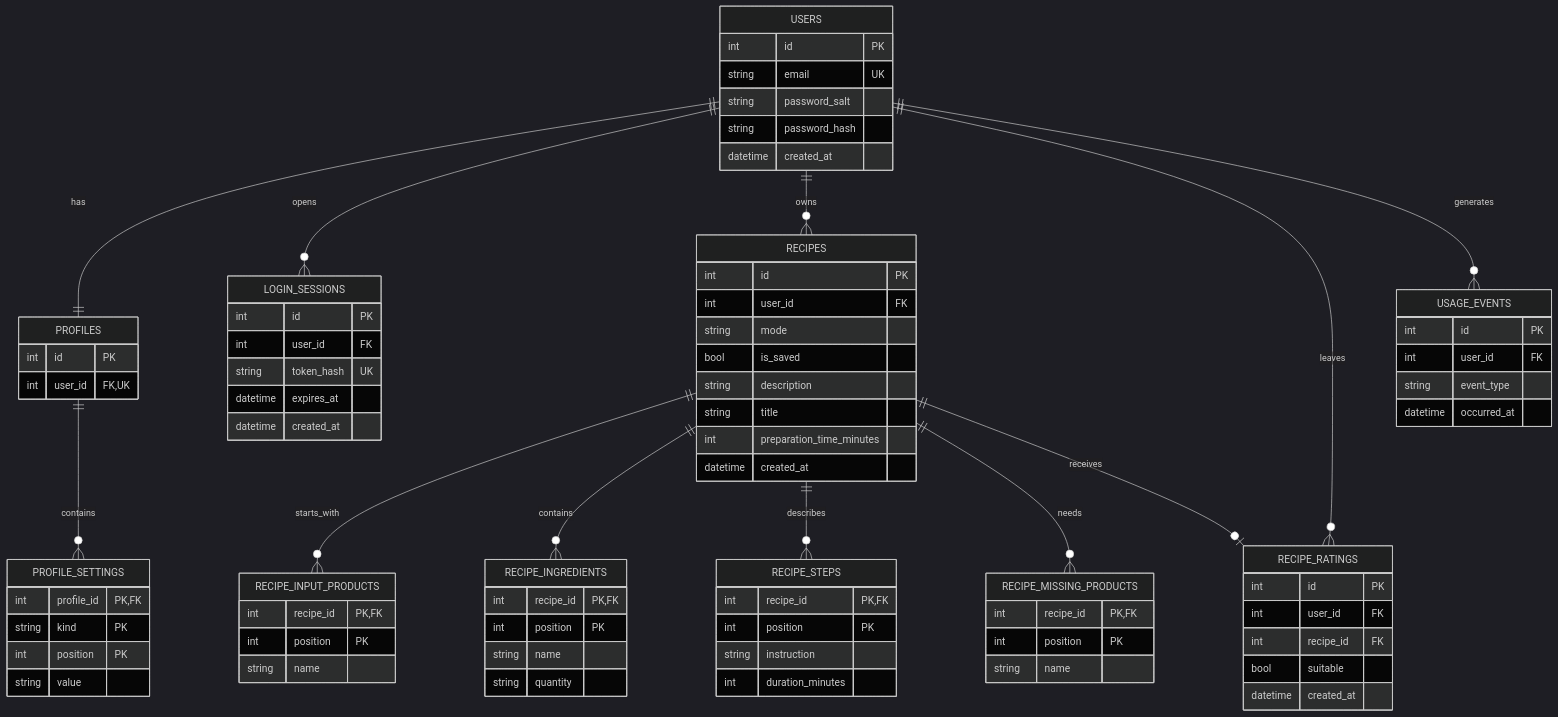
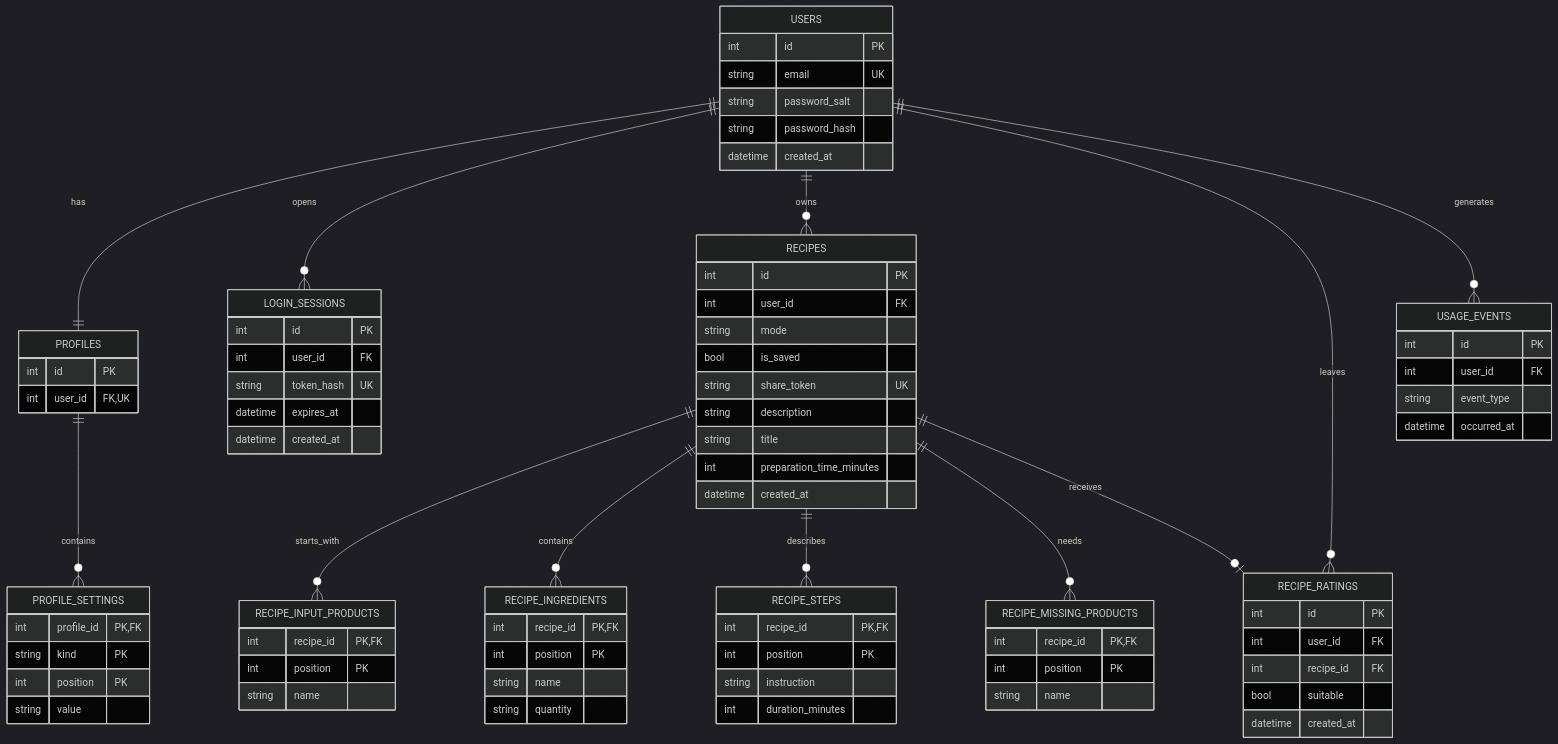
The first of 2 diagrams in architecture/data-model.md (Tor250/SmartBite), drawn with Mermaid (dark theme) before and after one commit. The commit also changed other lines of this file and 3 other files, not shown here.

```diff
--- a/architecture/data-model.md
+++ b/architecture/data-model.md
@@ -47,6 +51,7 @@
         int user_id FK
         string mode
         bool is_saved
+        string share_token UK
         string description
         string title
         int preparation_time_minutes
```
